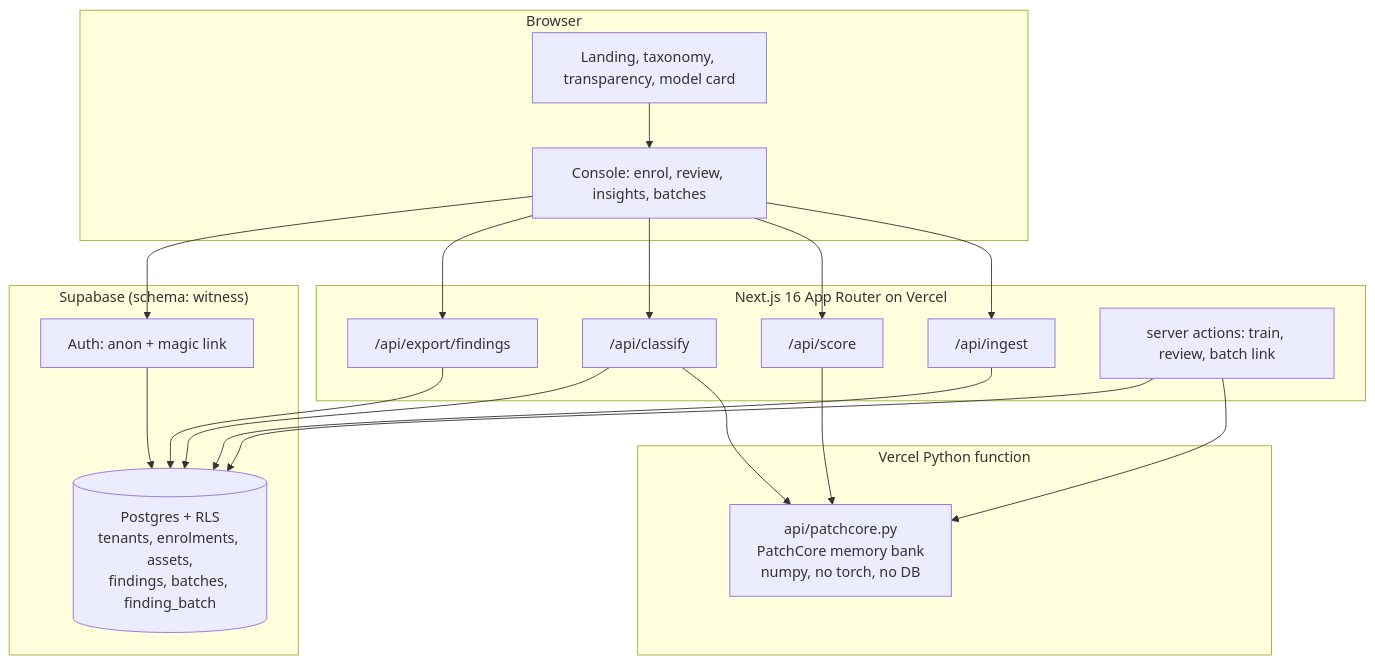
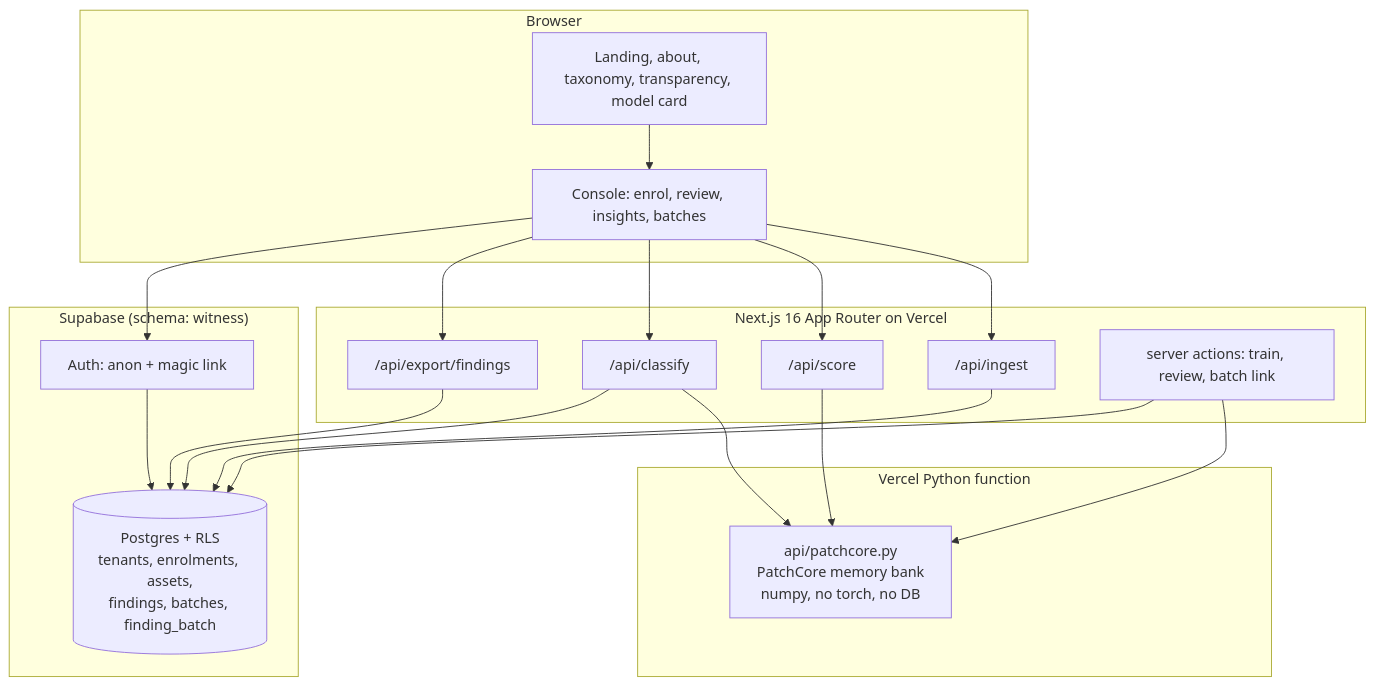
One commit to kandulanikhilvarma/witness changed the first of 3 diagrams in README.md. Above: the diagram before and after it, drawn with Mermaid. The commit also changed other lines of this file and 14 other files, not shown here.

First line of the commit message:
Rebrand UI to light identity with machinery diagrams

````diff
--- a/README.md
+++ b/README.md
@@ -44,36 +118,36 @@
 ```mermaid
 flowchart TB
   subgraph Client["Browser"]
-    LAND["Landing, taxonomy, transparency, model card"]
+    LAND["Landing, about, taxonomy, transparency, model card"]
     CON["Console: enrol, review, insights, batches"]
   end
 
   subgraph Next["Next.js 16 App Router on Vercel"]
     ING["/api/ingest"]
     SCORE["/api/score"]
     CLS["/api/classify"]
     EXP["/api/export/findings"]
     SA["server actions: train, review, batch link"]
   end
 
   subgraph Py["Vercel Python function"]
     PC["api/patchcore.py<br/>PatchCore memory bank<br/>numpy, no torch, no DB"]
   end
 
   subgraph Supa["Supabase (schema: witness)"]
     AUTH["Auth: anon + magic link"]
     RLS[("Postgres + RLS<br/>tenants, enrolments, assets,<br/>findings, batches, finding_batch")]
   end
 
   CON --> ING --> RLS
   CON --> SCORE --> PC
   CON --> CLS
   CLS --> PC
   CLS --> RLS
   SA --> PC
   SA --> RLS
   CON --> EXP --> RLS
   CON --> AUTH
   AUTH --> RLS
   LAND --> CON
 ```
````
